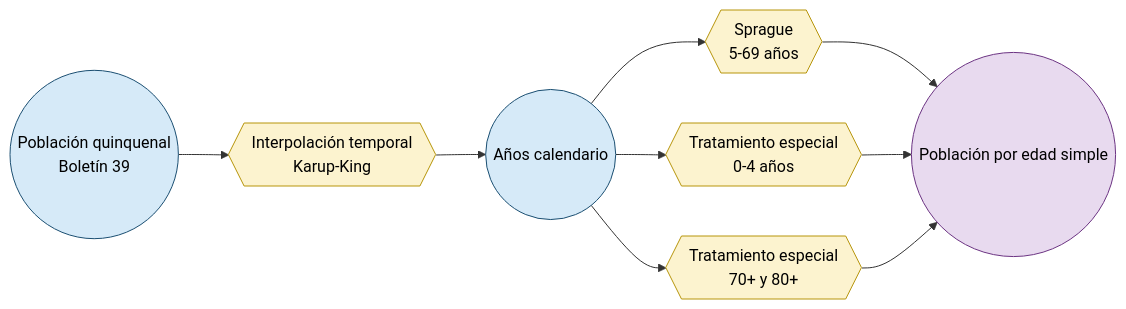
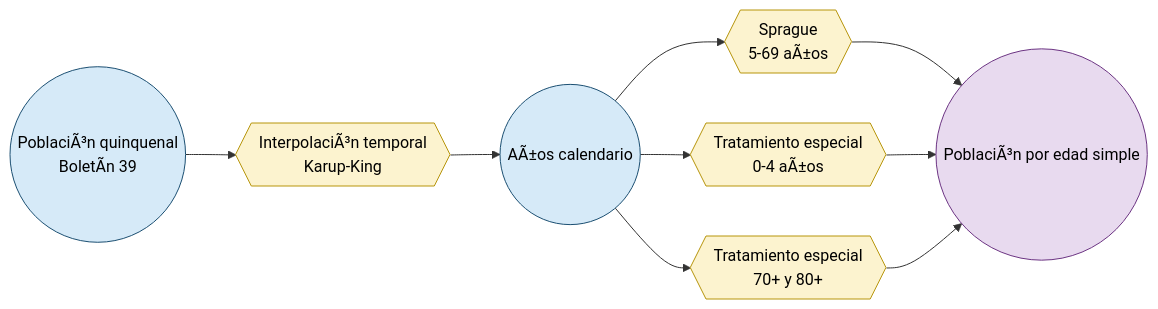
One commit to psotob91/demografia-poblacion-inei changed the fourth of 4 diagrams in reports/method-report.qmd. Above: the diagram before and after it, drawn with Mermaid. The commit also changed other lines of this file and 4941 other files, not shown here.

````diff
--- a/reports/method-report.qmd
+++ b/reports/method-report.qmd
@@ -258,20 +269,20 @@
 ```{mermaid}
 flowchart LR
 
-A(("Población quinquenal<br/>Boletín 39")):::observed
-B{{"Interpolación temporal<br/>Karup-King"}}:::process
-C(("Años calendario")):::observed
-D{{"Sprague<br/>5-69 años"}}:::process
-E{{"Tratamiento especial<br/>0-4 años"}}:::process
+A(("PoblaciÃ³n quinquenal<br/>BoletÃ­n 39")):::observed
+B{{"InterpolaciÃ³n temporal<br/>Karup-King"}}:::process
+C(("AÃ±os calendario")):::observed
+D{{"Sprague<br/>5-69 aÃ±os"}}:::process
+E{{"Tratamiento especial<br/>0-4 aÃ±os"}}:::process
 F{{"Tratamiento especial<br/>70+ y 80+"}}:::process
-G(("Población por edad simple")):::final
+G(("PoblaciÃ³n por edad simple")):::final
 
 A --> B --> C
 C --> D --> G
 C --> E --> G
 C --> F --> G
 
 classDef observed fill:#D6EAF8,stroke:#1B4F72,color:#000;
 classDef process fill:#FCF3CF,stroke:#B7950B,color:#000;
 classDef final fill:#E8DAEF,stroke:#6C3483,color:#000;
 ```
````
